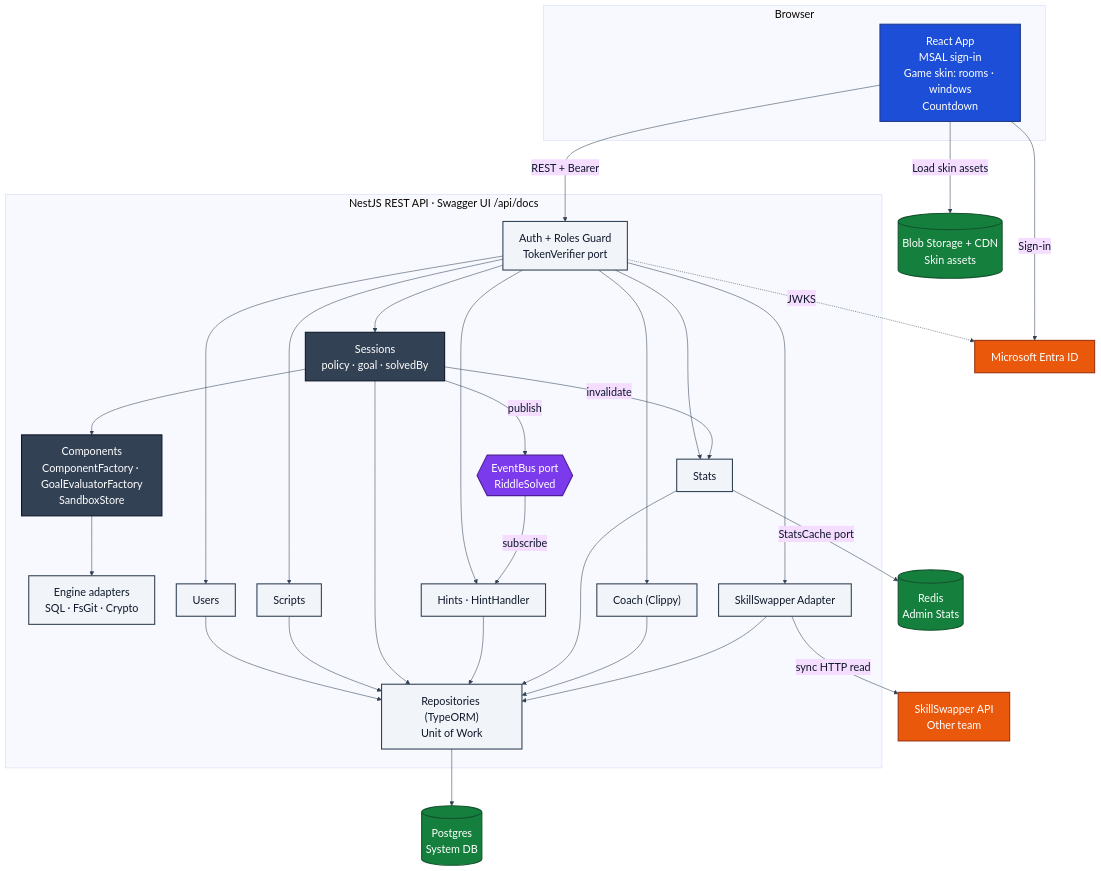
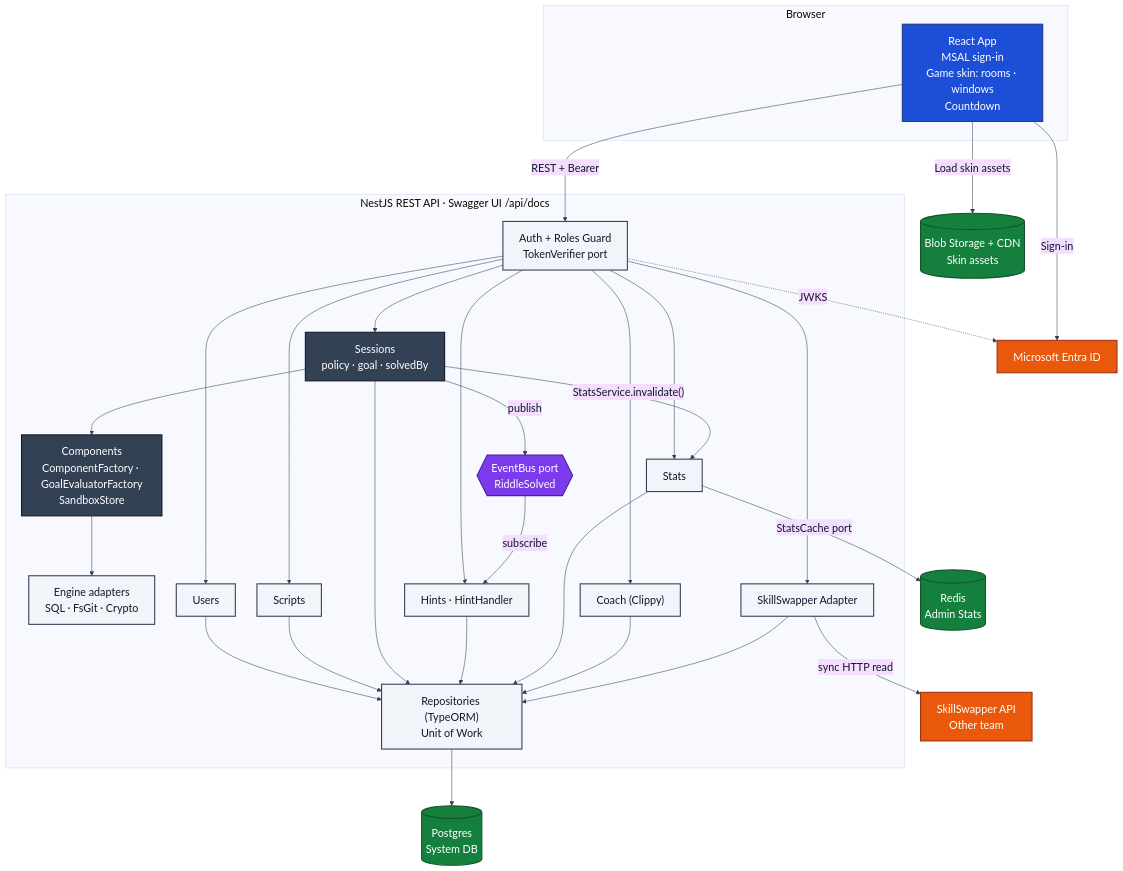
One commit to edenbuky/escapeRoom changed the first of 9 diagrams in DESIGN.md. Above: the diagram before and after it, drawn with Mermaid. The commit also changed other lines of this file, not shown here.

````diff
--- a/DESIGN.md
+++ b/DESIGN.md
@@ -108,56 +109,56 @@
 ```mermaid
 %%{init: {"theme": "base", "themeVariables": {"fontSize": "20px", "fontFamily": "Arial, Helvetica, sans-serif", "lineColor": "#334155", "primaryTextColor": "#0f172a"}, "flowchart": {"nodeSpacing": 40, "rankSpacing": 70, "curve": "basis"}}}%%
 flowchart TB
   subgraph Browser["Browser"]
     UI["React App<br/>MSAL sign-in<br/>Game skin: rooms · windows<br/>Countdown"]
   end
 
   subgraph API["NestJS REST API · Swagger UI /api/docs"]
     Auth["Auth + Roles Guard<br/>TokenVerifier port"]
     Sessions["Sessions<br/>policy · goal · solvedBy"]
     Components["Components<br/>ComponentFactory · GoalEvaluatorFactory<br/>SandboxStore"]
     Engines["Engine adapters<br/>SQL · FsGit · Crypto"]
     Users["Users"]
     Scripts["Scripts"]
     Hints["Hints · HintHandler"]
     Stats["Stats"]
     Coach["Coach (Clippy)"]
     SSH["SkillSwapper Adapter"]
     Repos["Repositories (TypeORM)<br/>Unit of Work"]
     Bus{{"EventBus port<br/>RiddleSolved"}}
   end
 
   Entra["Microsoft Entra ID"]
   PG[("Postgres<br/>System DB")]
   Redis[("Redis<br/>Admin Stats")]
   Blob[("Blob Storage + CDN<br/>Skin assets")]
   SS["SkillSwapper API<br/>Other team"]
 
   UI -- "Sign-in" --> Entra
   UI -- "REST + Bearer" --> Auth
   UI -- "Load skin assets" --> Blob
   Auth -. "JWKS" .-> Entra
   Auth --> Sessions & Users & Scripts & Hints & Stats & Coach & SSH
   Sessions --> Components
   Components --> Engines
-  Sessions -- "invalidate" --> Stats
+  Sessions -- "StatsService.invalidate()" --> Stats
   Sessions -- "publish" --> Bus
   Bus -- "subscribe" --> Hints
   Stats -- "StatsCache port" --> Redis
   SSH -- "sync HTTP read" --> SS
   Users & Scripts & Sessions & Hints & Stats & Coach & SSH --> Repos
   Repos --> PG
 
   classDef browser fill:#1d4ed8,stroke:#1e3a8a,color:#ffffff,stroke-width:2px
   classDef module fill:#f1f5f9,stroke:#334155,color:#0f172a,stroke-width:2px
   classDef core fill:#334155,stroke:#0f172a,color:#ffffff,stroke-width:2px
   classDef bus fill:#7c3aed,stroke:#4c1d95,color:#ffffff,stroke-width:2px
   classDef store fill:#15803d,stroke:#14532d,color:#ffffff,stroke-width:2px
   classDef external fill:#ea580c,stroke:#9a3412,color:#ffffff,stroke-width:2px
   class UI browser
   class Auth,Users,Scripts,Hints,Stats,Coach,SSH,Repos,Engines module
   class Sessions,Components core
   class Bus bus
   class PG,Redis,Blob store
   class Entra,SS external
 ```
````
